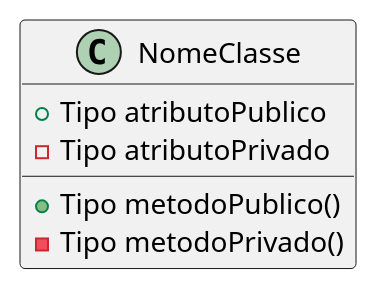
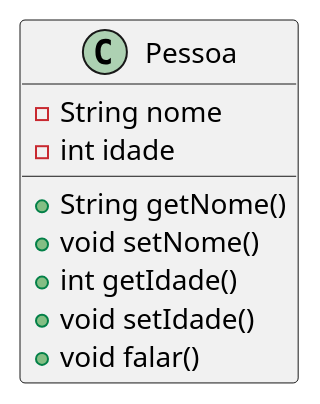
The diagram in docs/diagrams/example.plantuml (F4NT0/gabrielstundner), drawn with PlantUML before and after one commit. The commit also changed 8 other files, not shown here.

Commit message:
Diagrama de classes

```diff
--- a/docs/diagrams/example.plantuml
+++ b/docs/diagrams/example.plantuml
@@ -1,16 +1,21 @@
-@startuml Exemplo Diagrama
+@startuml                          
 
-'Classes
+' CLASSES
 
-class NomeClasse{
-   +Tipo atributoPublico
-   -Tipo atributoPrivado
+class Pessoa {
 
-   +Tipo metodoPublico()
-   -Tipo metodoPrivado()
+    ' Atributos
+    ' ---------
+    -String nome
+    -int idade
+
+    ' Métodos
+    ' --------
+    +String getNome()
+    +void setNome()
+    +int getIdade()
+    +void setIdade()
+    +void falar()
 }
 
-'Associações
-
-
 @enduml
```
